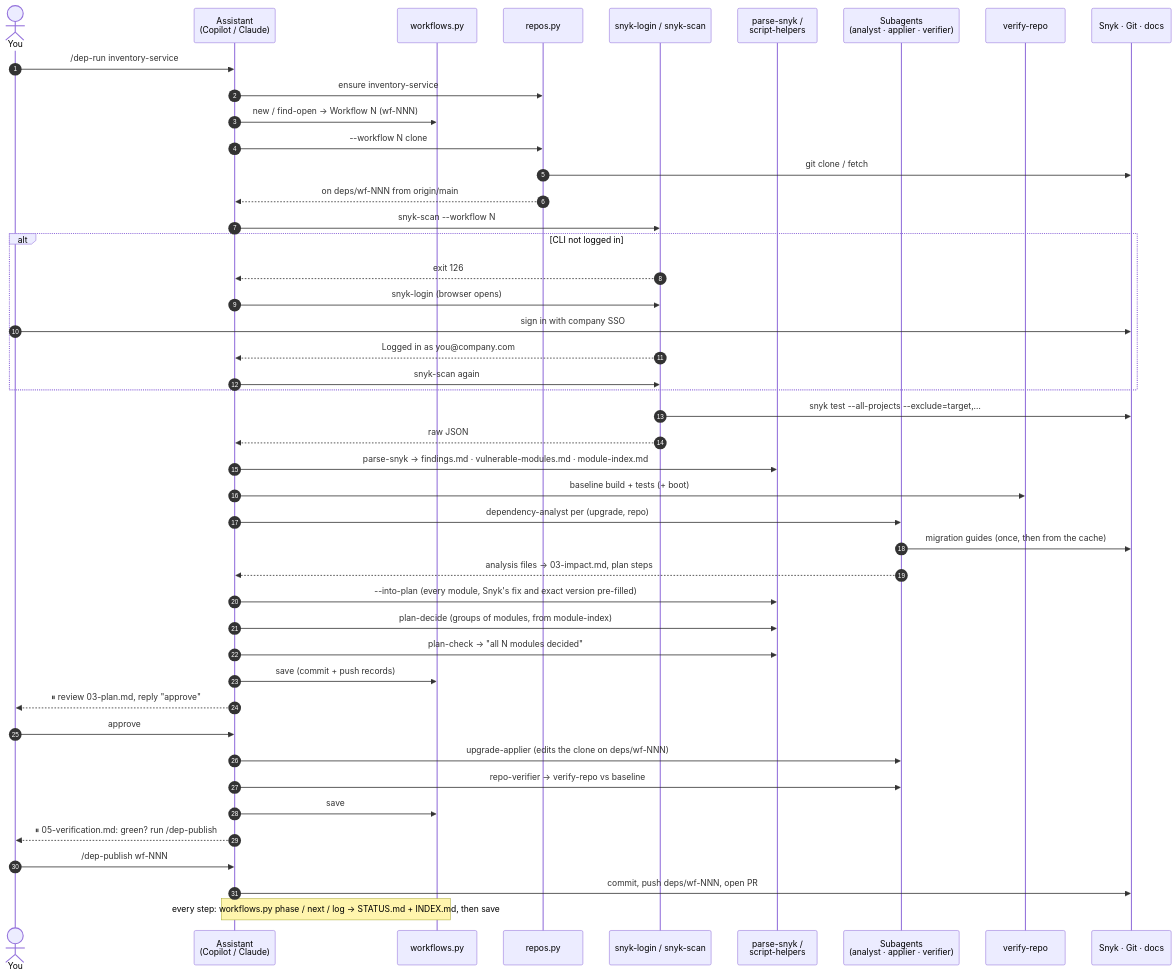
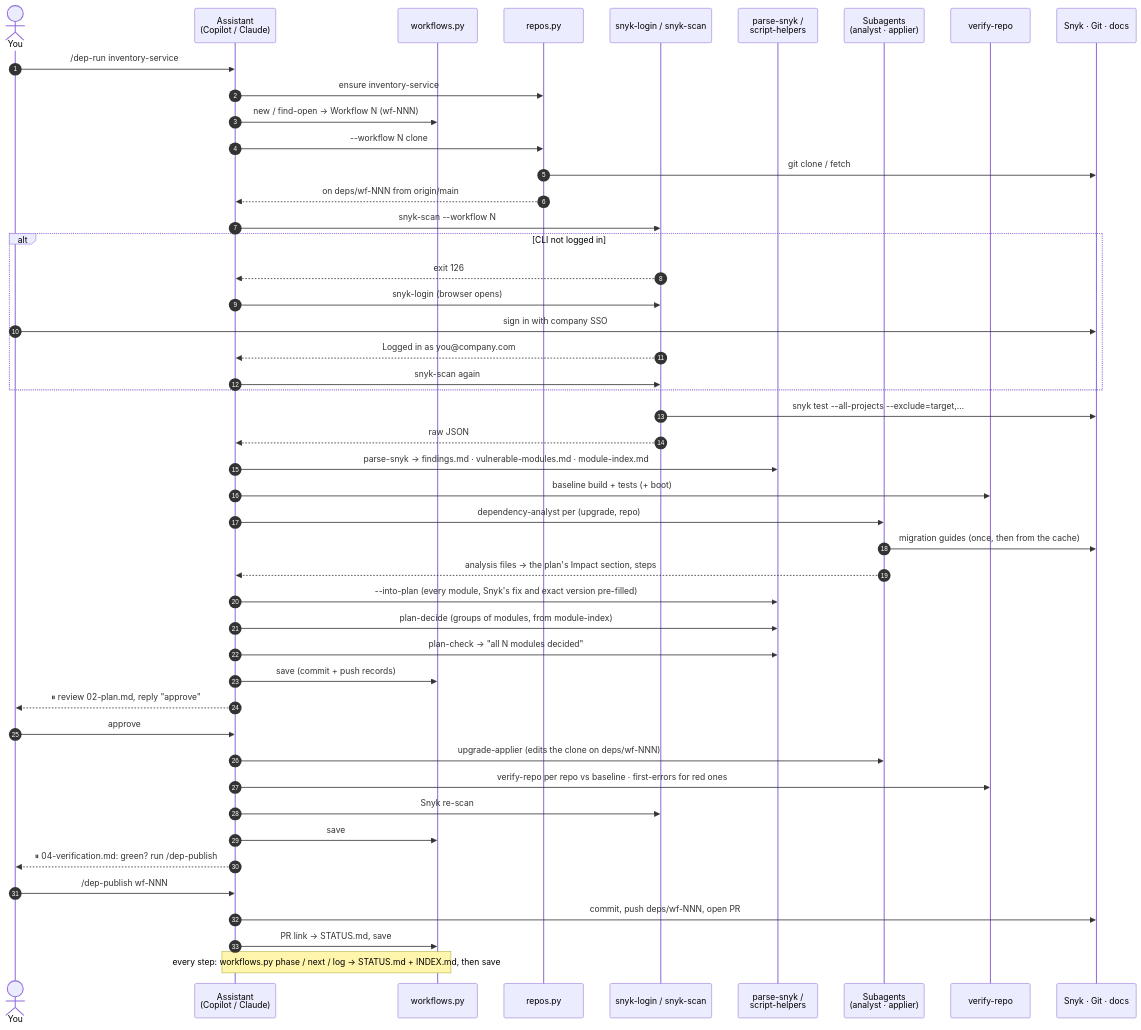
The third of 7 diagrams in docs/ARCHITECTURE.md (elinasarvari/snyk-update-package), drawn with Mermaid before and after one commit. The commit also changed other lines of this file and 74 other files, not shown here.

````diff
--- a/docs/ARCHITECTURE.md
+++ b/docs/ARCHITECTURE.md
@@ -104,48 +102,50 @@
 ```mermaid
 sequenceDiagram
     autonumber
     actor You
     participant A as Assistant<br/>(Copilot / Claude)
     participant W as workflows.py
     participant R as repos.py
     participant S as snyk-login / snyk-scan
     participant P as parse-snyk /<br/>script-helpers
-    participant SA as Subagents<br/>(analyst · applier · verifier)
+    participant SA as Subagents<br/>(analyst · applier)
     participant V as verify-repo
     participant X as Snyk · Git · docs
 
     You->>A: /dep-run inventory-service
     A->>R: ensure inventory-service
     A->>W: new / find-open → Workflow N (wf-NNN)
     A->>R: --workflow N clone
     R->>X: git clone / fetch
     R-->>A: on deps/wf-NNN from origin/main
     A->>S: snyk-scan --workflow N
     alt CLI not logged in
         S-->>A: exit 126
         A->>S: snyk-login (browser opens)
         You->>X: sign in with company SSO
         S-->>A: Logged in as you@company.com
         A->>S: snyk-scan again
     end
     S->>X: snyk test --all-projects --exclude=target,…
     S-->>A: raw JSON
     A->>P: parse-snyk → findings.md · vulnerable-modules.md · module-index.md
     A->>V: baseline build + tests (+ boot)
     A->>SA: dependency-analyst per (upgrade, repo)
     SA->>X: migration guides (once, then from the cache)
-    SA-->>A: analysis files → 03-impact.md, plan steps
+    SA-->>A: analysis files → the plan's Impact section, steps
     A->>P: --into-plan (every module, Snyk's fix and exact version pre-filled)
     A->>P: plan-decide (groups of modules, from module-index)
     A->>P: plan-check → "all N modules decided"
     A->>W: save (commit + push records)
-    A-->>You: ⏸ review 03-plan.md, reply "approve"
+    A-->>You: ⏸ review 02-plan.md, reply "approve"
     You->>A: approve
     A->>SA: upgrade-applier (edits the clone on deps/wf-NNN)
-    A->>SA: repo-verifier → verify-repo vs baseline
+    A->>V: verify-repo per repo vs baseline · first-errors for red ones
+    A->>S: Snyk re-scan
     A->>W: save
-    A-->>You: ⏸ 05-verification.md: green? run /dep-publish
+    A-->>You: ⏸ 04-verification.md: green? run /dep-publish
     You->>A: /dep-publish wf-NNN
     A->>X: commit, push deps/wf-NNN, open PR
+    A->>W: PR link → STATUS.md, save
     Note over A,W: every step: workflows.py phase / next / log → STATUS.md + INDEX.md, then save
 ```
````
